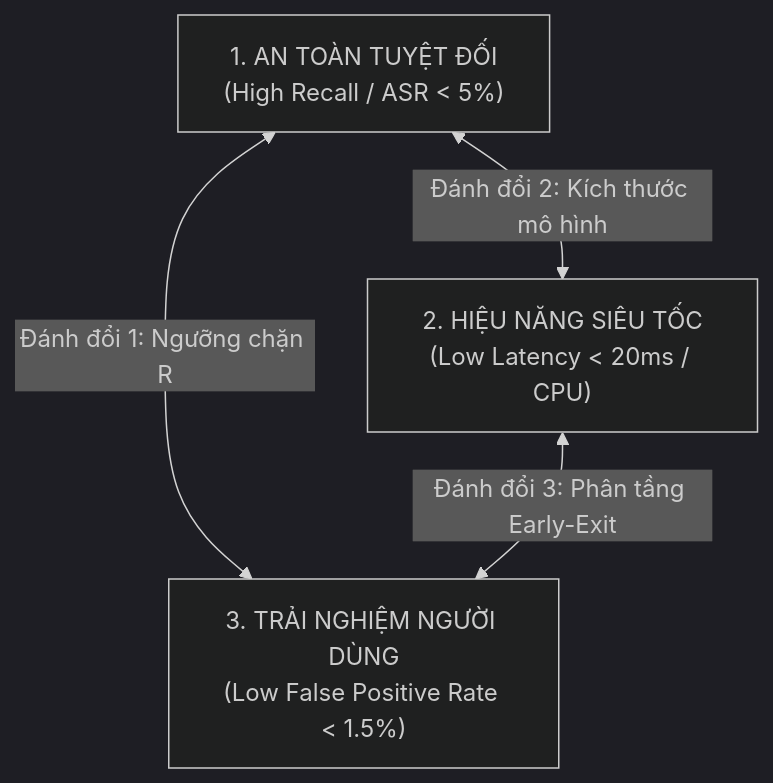
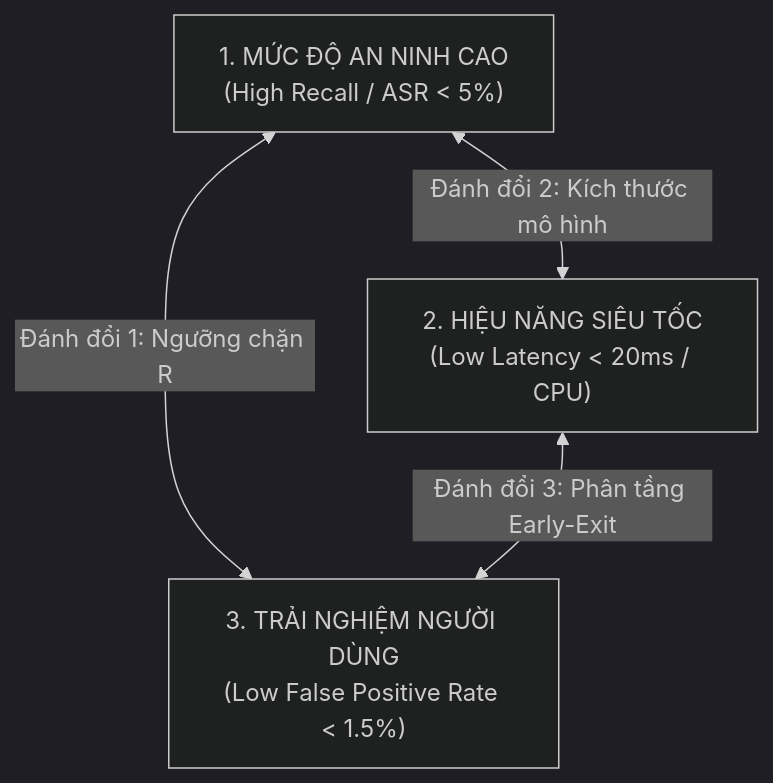
The diagram in Github-Page/threat_defense/comparative_matrix_and_tradeoffs.md (nvtruongops/pi-guard), drawn with Mermaid (dark theme) before and after one commit. The commit also changed other lines of this file and 36 other files, not shown here.

````diff
--- a/Github-Page/threat_defense/comparative_matrix_and_tradeoffs.md
+++ b/Github-Page/threat_defense/comparative_matrix_and_tradeoffs.md
@@ -31,10 +31,10 @@
 ```mermaid
 graph TD
-    Security["1. AN TOÀN TUYỆT ĐỐI<br/>(High Recall / ASR < 5%)"]
+    Security["1. MỨC ĐỘ AN NINH CAO<br/>(High Recall / ASR < 5%)"]
     Performance["2. HIỆU NĂNG SIÊU TỐC<br/>(Low Latency < 20ms / CPU)"]
     UX["3. TRẢI NGHIỆM NGƯỜI DÙNG<br/>(Low False Positive Rate < 1.5%)"]
 
     Security <--> |"Đánh đổi 1: Ngưỡng chặn R"| UX
     Security <--> |"Đánh đổi 2: Kích thước mô hình"| Performance
     Performance <--> |"Đánh đổi 3: Phân tầng Early-Exit"| UX
 ```
````
